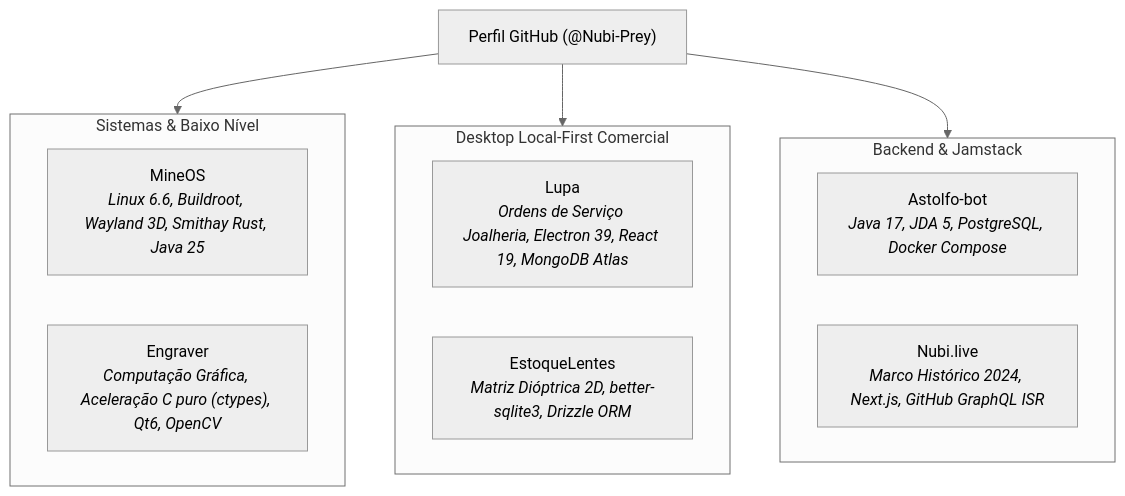
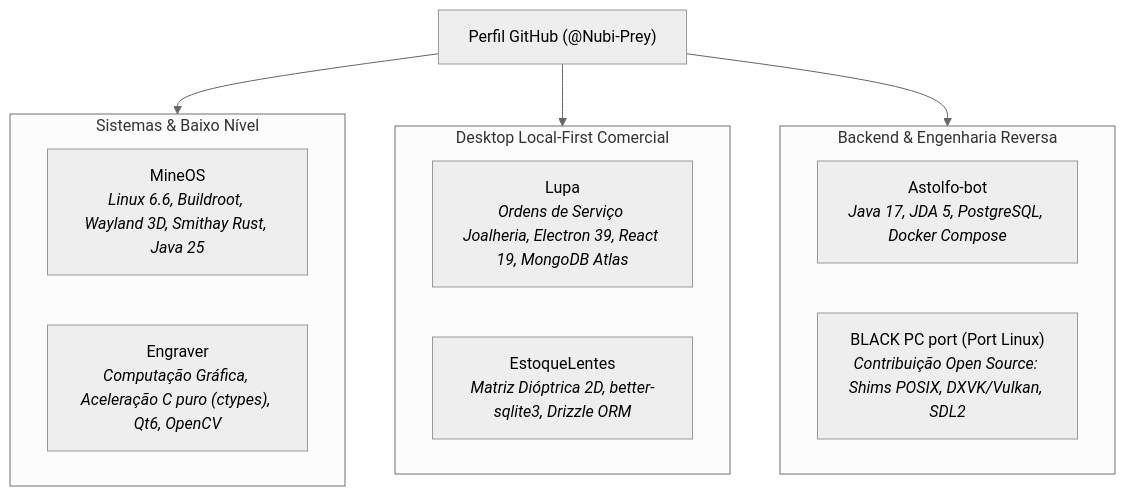
Before and after one commit to Nubi-Prey/muriloalves.dev: the diagram in docs/CONSOLIDACAO_SESSAO.md, drawn with Mermaid (neutral theme). The commit also changed other lines of this file and 12 other files, not shown here.

````diff
--- a/docs/CONSOLIDACAO_SESSAO.md
+++ b/docs/CONSOLIDACAO_SESSAO.md
@@ -24,21 +24,21 @@
 ```mermaid
 flowchart TD
     Profile["Perfil GitHub (@Nubi-Prey)"]
 
     subgraph LowLevel["Sistemas & Baixo Nível"]
         MineOS["MineOS<br><i>Linux 6.6, Buildroot, Wayland 3D, Smithay Rust, Java 25</i>"]
         Engraver["Engraver<br><i>Computação Gráfica, Aceleração C puro (ctypes), Qt6, OpenCV</i>"]
     end
 
     subgraph Desktop["Desktop Local-First Comercial"]
         Lupa["Lupa<br><i>Ordens de Serviço Joalheria, Electron 39, React 19, MongoDB Atlas</i>"]
         EstoqueLentes["EstoqueLentes<br><i>Matriz Dióptrica 2D, better-sqlite3, Drizzle ORM</i>"]
     end
 
-    subgraph BackendJamstack["Backend & Jamstack"]
+    subgraph BackendJamstack["Backend & Engenharia Reversa"]
         Astolfo["Astolfo-bot<br><i>Java 17, JDA 5, PostgreSQL, Docker Compose</i>"]
-        NubiLive["Nubi.live<br><i>Marco Histórico 2024, Next.js, GitHub GraphQL ISR</i>"]
+        BlackPC["BLACK PC port (Port Linux)<br><i>Contribuição Open Source: Shims POSIX, DXVK/Vulkan, SDL2</i>"]
     end
 
     Profile --> LowLevel & Desktop & BackendJamstack
 ```
````
